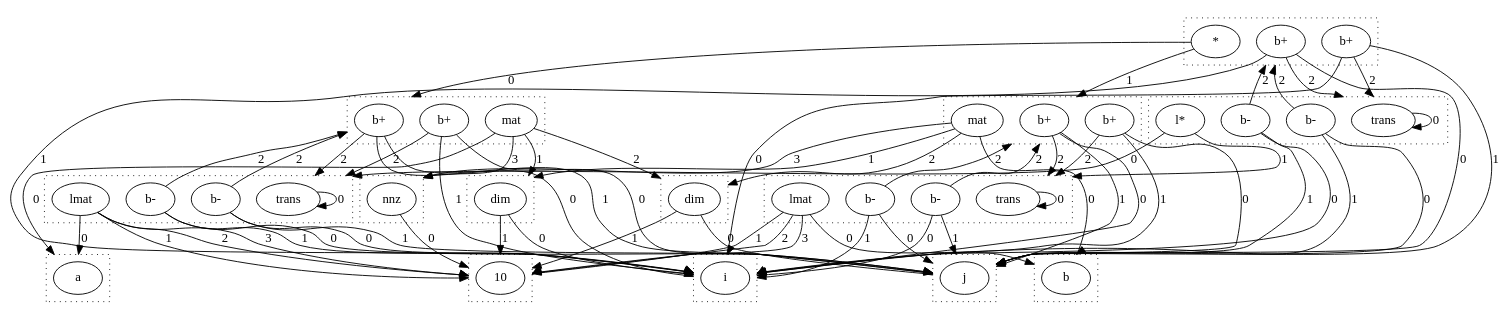
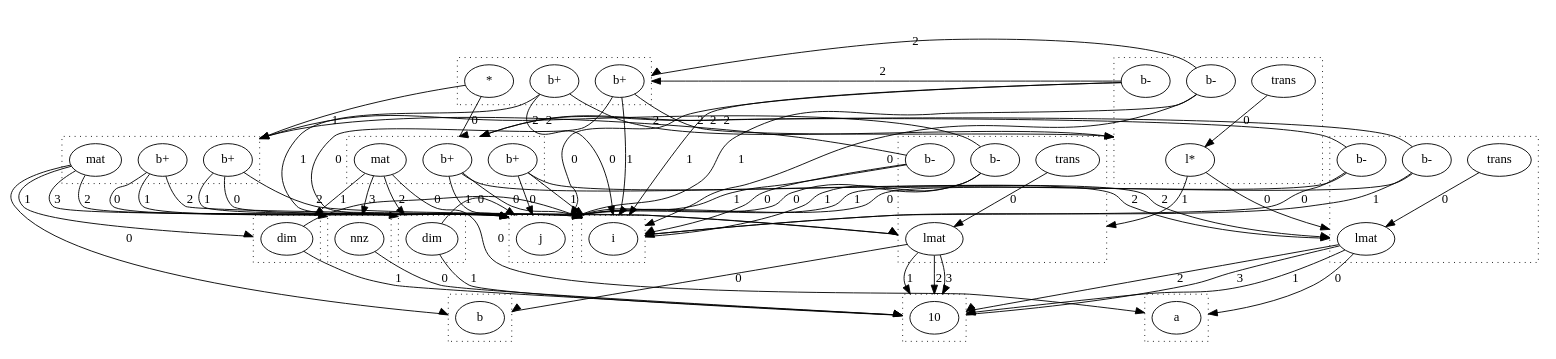
Before and after one commit to wormhole-optimization/warp: the diagram in dots/raunbind.dot, drawn with Graphviz. The commit also changed 5 other files, not shown here.

```diff
--- a/dots/raunbind.dot
+++ b/dots/raunbind.dot
@@ -1,138 +1,138 @@
 digraph {
   compound=true
   subgraph cluster_0 {
     style=dotted
     0.0[label = "i"]
   }
   subgraph cluster_1 {
     style=dotted
     1.0[label = "j"]
   }
   subgraph cluster_2 {
     style=dotted
     2.0[label = "a"]
   }
   subgraph cluster_3 {
     style=dotted
     3.0[label = "10"]
   }
   subgraph cluster_4 {
     style=dotted
     4.0[label = "dim"]
   }
   subgraph cluster_5 {
     style=dotted
     5.0[label = "dim"]
   }
   subgraph cluster_6 {
     style=dotted
     6.0[label = "nnz"]
   }
   subgraph cluster_7 {
     style=dotted
     7.0[label = "b+"]
     7.1[label = "mat"]
     7.2[label = "b+"]
   }
   subgraph cluster_8 {
     style=dotted
     8.0[label = "b"]
   }
   subgraph cluster_9 {
     style=dotted
     9.0[label = "b+"]
     9.1[label = "mat"]
     9.2[label = "b+"]
   }
   subgraph cluster_10 {
     style=dotted
     10.0[label = "b+"]
     10.1[label = "*"]
     10.2[label = "b+"]
   }
   subgraph cluster_18 {
     style=dotted
-    18.0[label = "trans"]
+    18.0[label = "lmat"]
     18.1[label = "b-"]
     18.2[label = "b-"]
-    18.3[label = "lmat"]
+    18.3[label = "trans"]
   }
   subgraph cluster_22 {
     style=dotted
-    22.0[label = "trans"]
+    22.0[label = "lmat"]
     22.1[label = "b-"]
     22.2[label = "b-"]
-    22.3[label = "lmat"]
+    22.3[label = "trans"]
   }
   subgraph cluster_26 {
     style=dotted
-    26.0[label = "trans"]
+    26.0[label = "l*"]
     26.1[label = "b-"]
-    26.2[label = "b-"]
-    26.3[label = "l*"]
+    26.2[label = "trans"]
+    26.3[label = "b-"]
   }
   4.0 -> 0.0 [lhead = cluster_0, label = 0]
   4.0 -> 3.0 [lhead = cluster_3, label = 1]
   5.0 -> 1.0 [lhead = cluster_1, label = 0]
   5.0 -> 3.0 [lhead = cluster_3, label = 1]
   6.0 -> 3.0 [lhead = cluster_3, label = 0]
   7.0 -> 0.0 [lhead = cluster_0, label = 0]
   7.0 -> 1.0 [lhead = cluster_1, label = 1]
   7.0 -> 18.0 [lhead = cluster_18, label = 2]
   7.1 -> 2.0 [lhead = cluster_2, label = 0]
   7.1 -> 4.0 [lhead = cluster_4, label = 1]
   7.1 -> 5.0 [lhead = cluster_5, label = 2]
   7.1 -> 6.0 [lhead = cluster_6, label = 3]
   7.2 -> 1.0 [lhead = cluster_1, label = 0]
   7.2 -> 0.0 [lhead = cluster_0, label = 1]
   7.2 -> 18.0 [lhead = cluster_18, label = 2]
   9.0 -> 0.0 [lhead = cluster_0, label = 0]
   9.0 -> 1.0 [lhead = cluster_1, label = 1]
   9.0 -> 22.0 [lhead = cluster_22, label = 2]
   9.1 -> 8.0 [lhead = cluster_8, label = 0]
   9.1 -> 4.0 [lhead = cluster_4, label = 1]
   9.1 -> 5.0 [lhead = cluster_5, label = 2]
   9.1 -> 6.0 [lhead = cluster_6, label = 3]
   9.2 -> 1.0 [lhead = cluster_1, label = 0]
   9.2 -> 0.0 [lhead = cluster_0, label = 1]
   9.2 -> 22.0 [lhead = cluster_22, label = 2]
   10.0 -> 1.0 [lhead = cluster_1, label = 0]
   10.0 -> 0.0 [lhead = cluster_0, label = 1]
   10.0 -> 26.0 [lhead = cluster_26, label = 2]
   10.1 -> 7.0 [lhead = cluster_7, label = 0]
   10.1 -> 9.0 [lhead = cluster_9, label = 1]
   10.2 -> 0.0 [lhead = cluster_0, label = 0]
   10.2 -> 1.0 [lhead = cluster_1, label = 1]
   10.2 -> 26.0 [lhead = cluster_26, label = 2]
-  18.0 -> 18.0 [lhead = cluster_18, label = 0]
+  18.0 -> 2.0 [lhead = cluster_2, label = 0]
+  18.0 -> 3.0 [lhead = cluster_3, label = 1]
+  18.0 -> 3.0 [lhead = cluster_3, label = 2]
+  18.0 -> 3.0 [lhead = cluster_3, label = 3]
   18.1 -> 1.0 [lhead = cluster_1, label = 0]
   18.1 -> 0.0 [lhead = cluster_0, label = 1]
   18.1 -> 7.0 [lhead = cluster_7, label = 2]
   18.2 -> 0.0 [lhead = cluster_0, label = 0]
   18.2 -> 1.0 [lhead = cluster_1, label = 1]
   18.2 -> 7.0 [lhead = cluster_7, label = 2]
-  18.3 -> 2.0 [lhead = cluster_2, label = 0]
-  18.3 -> 3.0 [lhead = cluster_3, label = 1]
-  18.3 -> 3.0 [lhead = cluster_3, label = 2]
-  18.3 -> 3.0 [lhead = cluster_3, label = 3]
-  22.0 -> 22.0 [lhead = cluster_22, label = 0]
-  22.1 -> 0.0 [lhead = cluster_0, label = 0]
-  22.1 -> 1.0 [lhead = cluster_1, label = 1]
+  18.3 -> 18.0 [lhead = cluster_18, label = 0]
+  22.0 -> 8.0 [lhead = cluster_8, label = 0]
+  22.0 -> 3.0 [lhead = cluster_3, label = 1]
+  22.0 -> 3.0 [lhead = cluster_3, label = 2]
+  22.0 -> 3.0 [lhead = cluster_3, label = 3]
+  22.1 -> 1.0 [lhead = cluster_1, label = 0]
+  22.1 -> 0.0 [lhead = cluster_0, label = 1]
   22.1 -> 9.0 [lhead = cluster_9, label = 2]
-  22.2 -> 1.0 [lhead = cluster_1, label = 0]
-  22.2 -> 0.0 [lhead = cluster_0, label = 1]
+  22.2 -> 0.0 [lhead = cluster_0, label = 0]
+  22.2 -> 1.0 [lhead = cluster_1, label = 1]
   22.2 -> 9.0 [lhead = cluster_9, label = 2]
-  22.3 -> 8.0 [lhead = cluster_8, label = 0]
-  22.3 -> 3.0 [lhead = cluster_3, label = 1]
-  22.3 -> 3.0 [lhead = cluster_3, label = 2]
-  22.3 -> 3.0 [lhead = cluster_3, label = 3]
-  26.0 -> 26.0 [lhead = cluster_26, label = 0]
+  22.3 -> 22.0 [lhead = cluster_22, label = 0]
+  26.0 -> 18.0 [lhead = cluster_18, label = 0]
+  26.0 -> 22.0 [lhead = cluster_22, label = 1]
   26.1 -> 0.0 [lhead = cluster_0, label = 0]
   26.1 -> 1.0 [lhead = cluster_1, label = 1]
   26.1 -> 10.0 [lhead = cluster_10, label = 2]
-  26.2 -> 1.0 [lhead = cluster_1, label = 0]
-  26.2 -> 0.0 [lhead = cluster_0, label = 1]
-  26.2 -> 10.0 [lhead = cluster_10, label = 2]
-  26.3 -> 18.0 [lhead = cluster_18, label = 0]
-  26.3 -> 22.0 [lhead = cluster_22, label = 1]
+  26.2 -> 26.0 [lhead = cluster_26, label = 0]
+  26.3 -> 1.0 [lhead = cluster_1, label = 0]
+  26.3 -> 0.0 [lhead = cluster_0, label = 1]
+  26.3 -> 10.0 [lhead = cluster_10, label = 2]
 }
```
